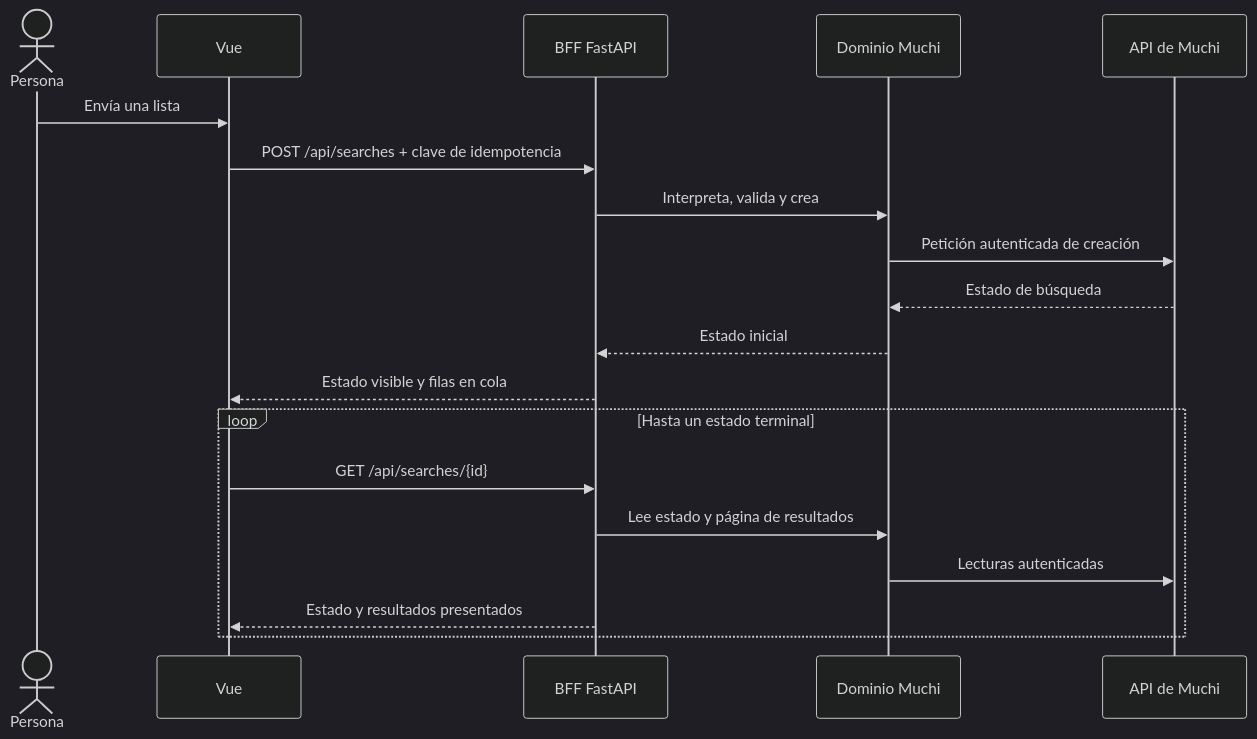
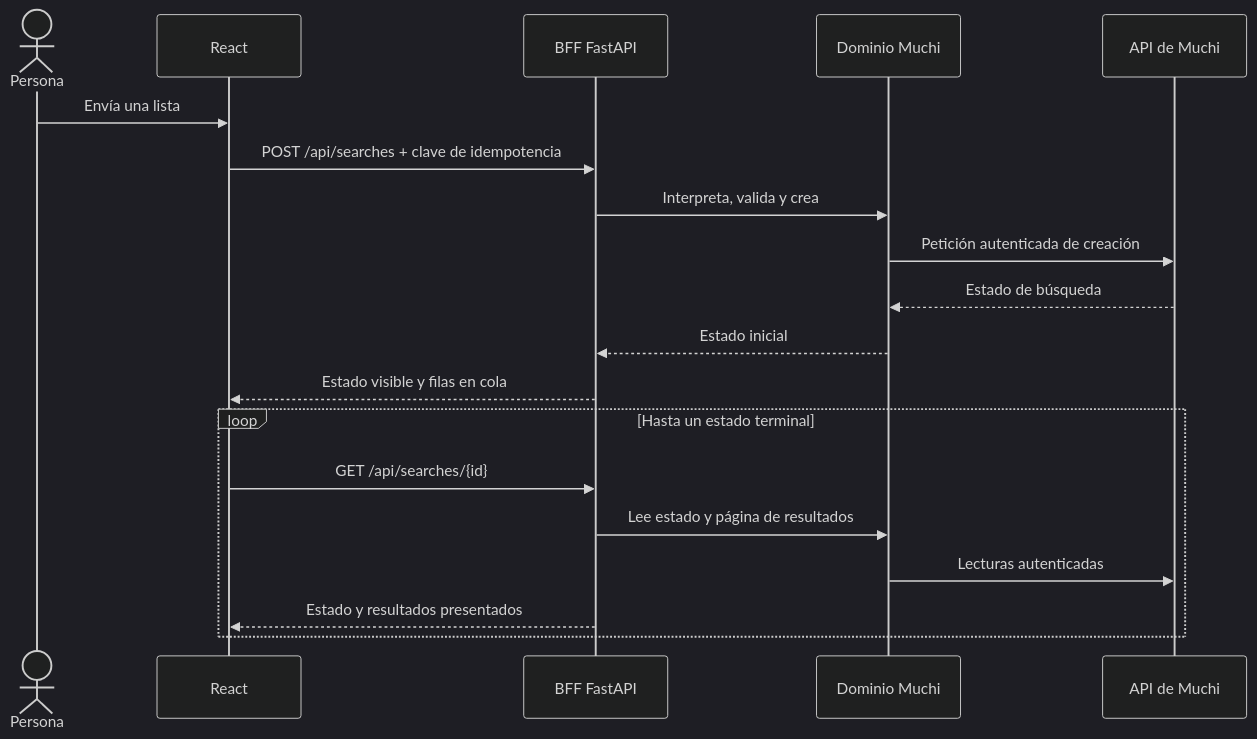
Before and after one commit to metaliaw/muchi: the second of 2 diagrams in docs/architecture.es.md, drawn with Mermaid (dark theme). The commit also changed other lines of this file and 118 other files, not shown here.

First line of the commit message:
Replace the Vue frontend with React

````diff
--- a/docs/architecture.es.md
+++ b/docs/architecture.es.md
@@ -69,23 +69,23 @@
 ```mermaid
 sequenceDiagram
     actor Person as Persona
-    participant Web as Vue
+    participant Web as React
     participant BFF as BFF FastAPI
     participant Domain as Dominio Muchi
     participant API as API de Muchi
 
     Person->>Web: Envía una lista
     Web->>BFF: POST /api/searches + clave de idempotencia
     BFF->>Domain: Interpreta, valida y crea
     Domain->>API: Petición autenticada de creación
     API-->>Domain: Estado de búsqueda
     Domain-->>BFF: Estado inicial
     BFF-->>Web: Estado visible y filas en cola
 
     loop Hasta un estado terminal
         Web->>BFF: GET /api/searches/{id}
         BFF->>Domain: Lee estado y página de resultados
         Domain->>API: Lecturas autenticadas
         BFF-->>Web: Estado y resultados presentados
     end
 ```
````
